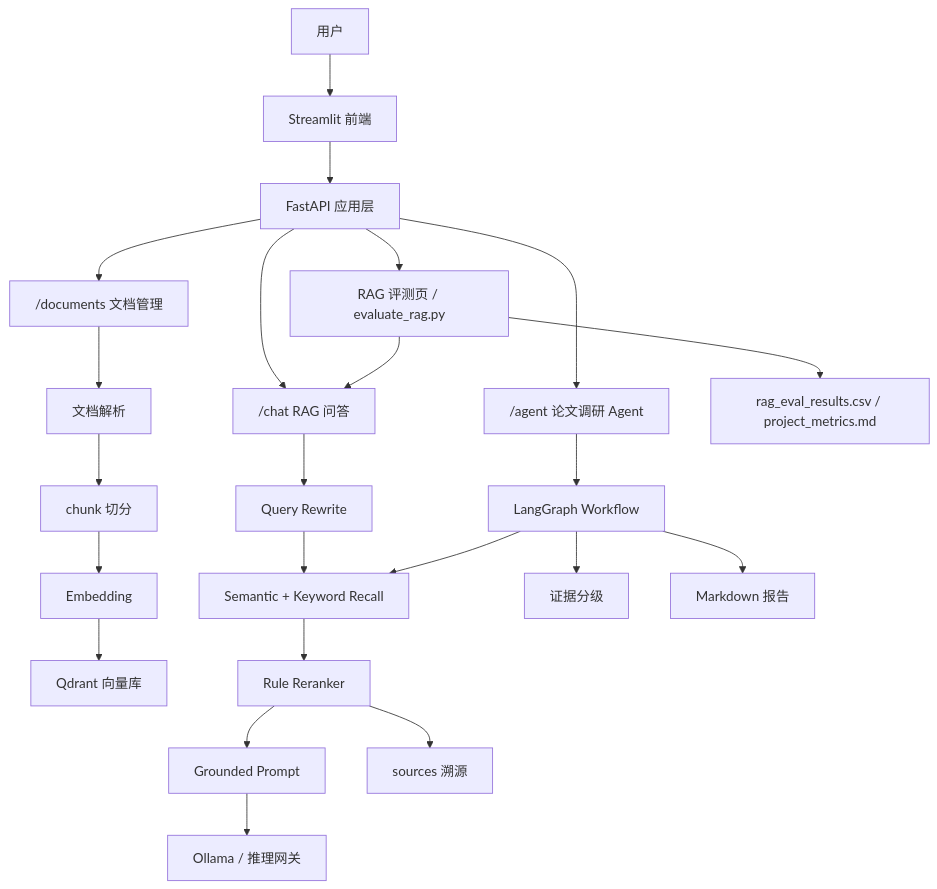
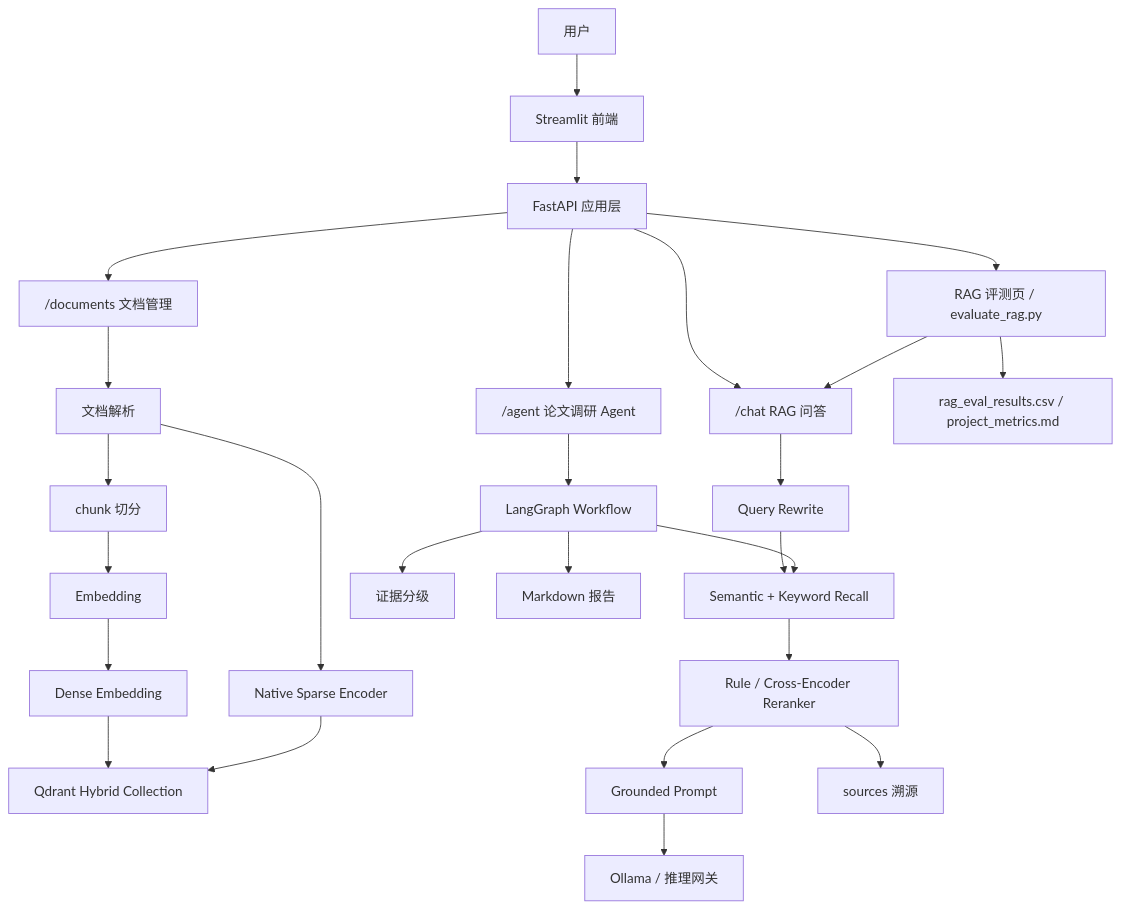
Before and after one commit to lazy0622/llm-paper-rag-assistant: the first of 3 diagrams in README.md, drawn with Mermaid. The commit also changed other lines of this file and 32 other files, not shown here.

````diff
--- a/README.md
+++ b/README.md
@@ -30,30 +30,33 @@
 ```mermaid
 flowchart TD
     User["用户"] --> UI["Streamlit 前端"]
     UI --> API["FastAPI 应用层"]
 
     API --> Documents["/documents 文档管理"]
     API --> Chat["/chat RAG 问答"]
     API --> Agent["/agent 论文调研 Agent"]
     API --> Eval["RAG 评测页 / evaluate_rag.py"]
 
     Documents --> Parse["文档解析"]
     Parse --> Split["chunk 切分"]
     Split --> Embed["Embedding"]
-    Embed --> Qdrant["Qdrant 向量库"]
+    Embed --> Dense["Dense Embedding"]
+    Parse --> Sparse["Native Sparse Encoder"]
+    Dense --> Qdrant["Qdrant Hybrid Collection"]
+    Sparse --> Qdrant
 
     Chat --> Rewrite["Query Rewrite"]
     Rewrite --> Retrieve["Semantic + Keyword Recall"]
-    Retrieve --> Rerank["Rule Reranker"]
+    Retrieve --> Rerank["Rule / Cross-Encoder Reranker"]
     Rerank --> Prompt["Grounded Prompt"]
     Prompt --> LLM["Ollama / 推理网关"]
     Rerank --> Sources["sources 溯源"]
 
     Agent --> Graph["LangGraph Workflow"]
     Graph --> Retrieve
     Graph --> Evidence["证据分级"]
     Graph --> Report["Markdown 报告"]
 
     Eval --> Chat
     Eval --> Metrics["rag_eval_results.csv / project_metrics.md"]
 ```
````
